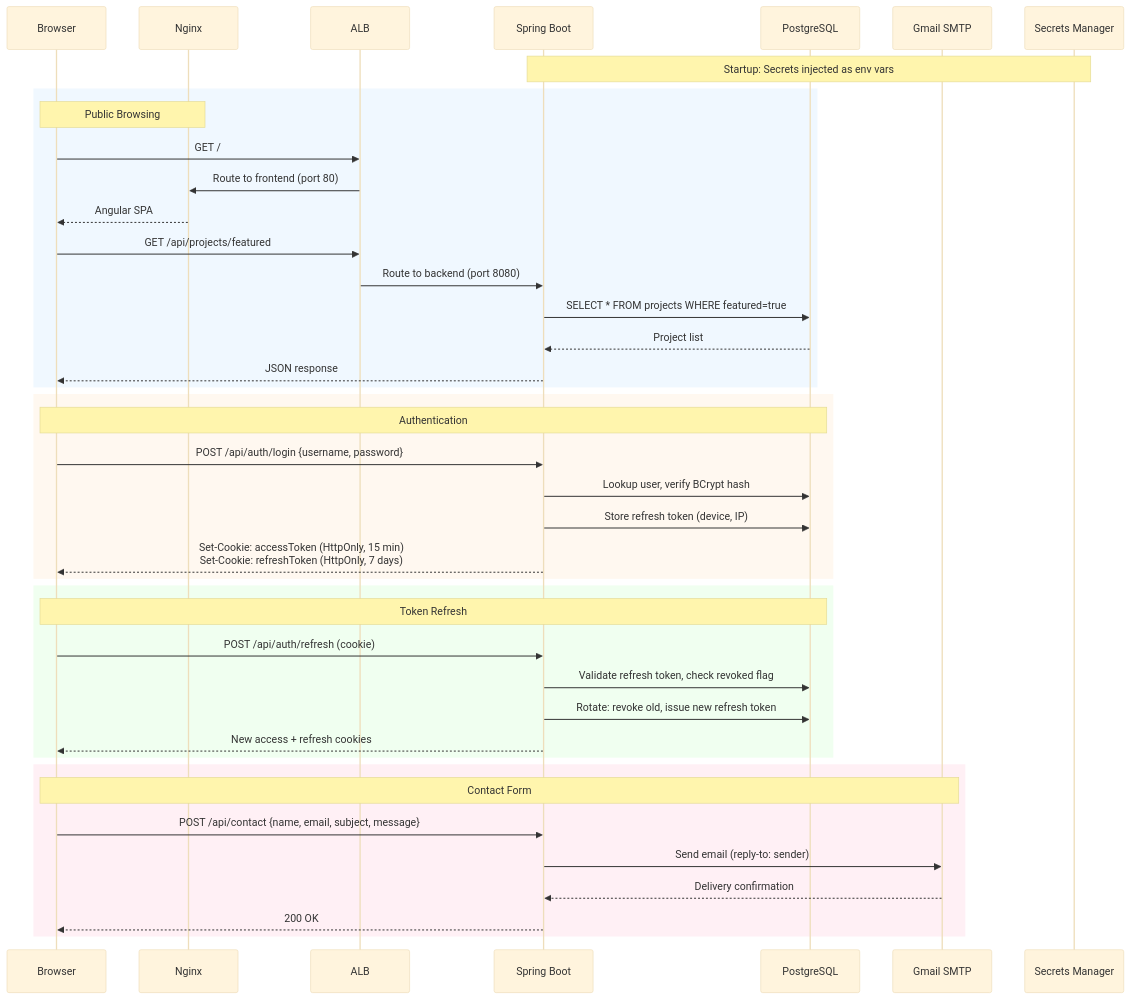
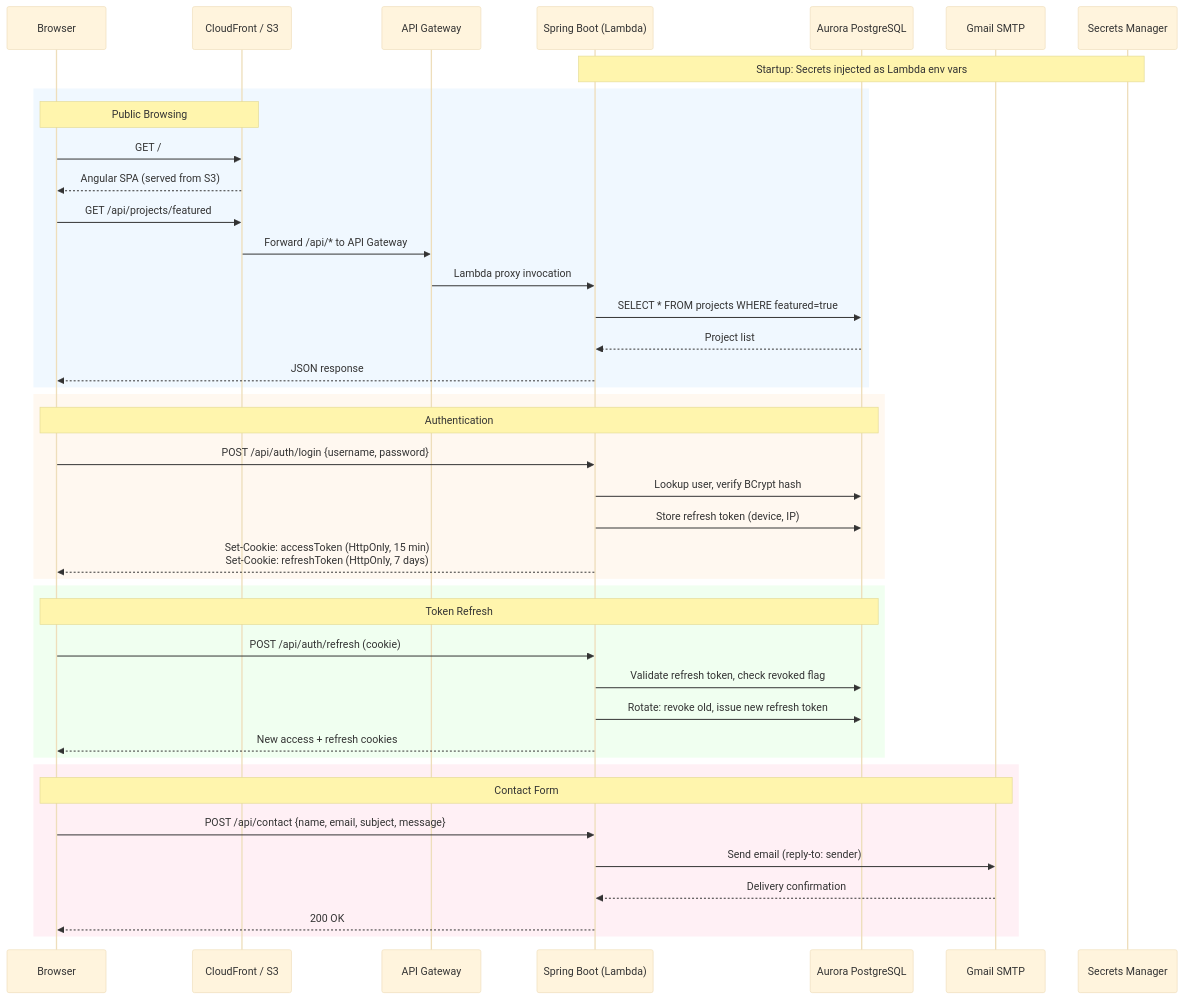
The third of 13 diagrams in docs/ARCHITECTURE.md (clark22134/MyPortfolioWebsite), drawn with Mermaid (base theme) before and after one commit. The commit also changed other lines of this file and 96 other files, not shown here.

````diff
--- a/docs/ARCHITECTURE.md
+++ b/docs/ARCHITECTURE.md
@@ -115,48 +115,48 @@
 ```mermaid
 sequenceDiagram
     participant B as Browser
-    participant N as Nginx
-    participant ALB as ALB
-    participant API as Spring Boot
-    participant DB as PostgreSQL
+    participant CF as CloudFront / S3
+    participant APIGW as API Gateway
+    participant API as Spring Boot (Lambda)
+    participant DB as Aurora PostgreSQL
     participant SMTP as Gmail SMTP
     participant SM as Secrets Manager
 
-    Note over SM,API: Startup: Secrets injected as env vars
+    Note over SM,API: Startup: Secrets injected as Lambda env vars
 
     rect rgb(240, 248, 255)
-        Note over B,N: Public Browsing
-        B->>ALB: GET /
-        ALB->>N: Route to frontend (port 80)
-        N-->>B: Angular SPA
-        B->>ALB: GET /api/projects/featured
-        ALB->>API: Route to backend (port 8080)
+        Note over B,CF: Public Browsing
+        B->>CF: GET /
+        CF-->>B: Angular SPA (served from S3)
+        B->>CF: GET /api/projects/featured
+        CF->>APIGW: Forward /api/* to API Gateway
+        APIGW->>API: Lambda proxy invocation
         API->>DB: SELECT * FROM projects WHERE featured=true
         DB-->>API: Project list
         API-->>B: JSON response
     end
 
     rect rgb(255, 248, 240)
         Note over B,DB: Authentication
         B->>API: POST /api/auth/login {username, password}
         API->>DB: Lookup user, verify BCrypt hash
         API->>DB: Store refresh token (device, IP)
         API-->>B: Set-Cookie: accessToken (HttpOnly, 15 min)<br/>Set-Cookie: refreshToken (HttpOnly, 7 days)
     end
 
     rect rgb(240, 255, 240)
         Note over B,DB: Token Refresh
         B->>API: POST /api/auth/refresh (cookie)
         API->>DB: Validate refresh token, check revoked flag
         API->>DB: Rotate: revoke old, issue new refresh token
         API-->>B: New access + refresh cookies
     end
 
     rect rgb(255, 240, 245)
         Note over B,SMTP: Contact Form
         B->>API: POST /api/contact {name, email, subject, message}
         API->>SMTP: Send email (reply-to: sender)
         SMTP-->>API: Delivery confirmation
         API-->>B: 200 OK
     end
 ```
````
